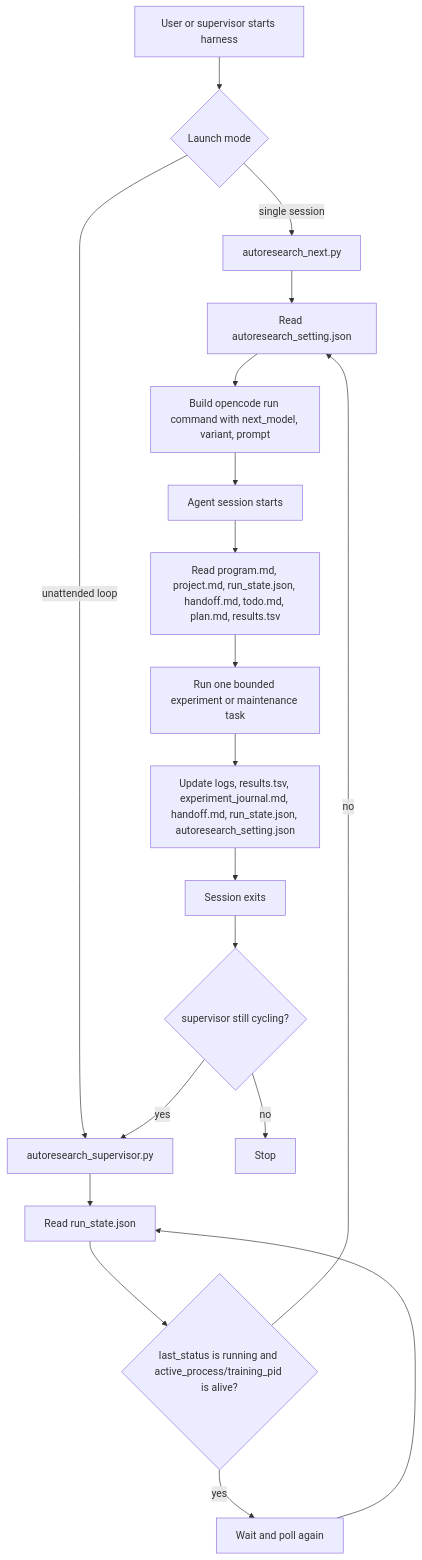
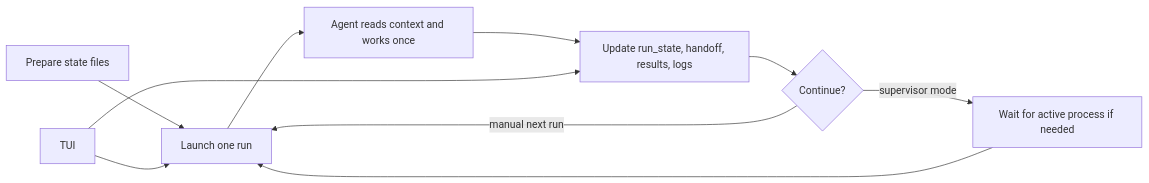
One commit to ChenGou-zheng/my-autoresearch changed the diagram in README.md. Above: the diagram before and after it, drawn with Mermaid. The commit also changed other lines of this file, not shown here.

````diff
--- a/README.md
+++ b/README.md
@@ -37,21 +41,12 @@
 ```mermaid
-flowchart TD
-    A["User or supervisor starts harness"] --> B{"Launch mode"}
-    B -->|"single session"| C["autoresearch_next.py"]
-    B -->|"unattended loop"| D["autoresearch_supervisor.py"]
-    D --> E["Read run_state.json"]
-    E --> F{"last_status is running and active_process/training_pid is alive?"}
-    F -->|"yes"| G["Wait and poll again"]
-    G --> E
-    F -->|"no"| H["Read autoresearch_setting.json"]
-    C --> H
-    H --> I["Build opencode run command with next_model, variant, prompt"]
-    I --> J["Agent session starts"]
-    J --> K["Read program.md, project.md, run_state.json, handoff.md, todo.md, plan.md, results.tsv"]
-    K --> L["Run one bounded experiment or maintenance task"]
-    L --> M["Update logs, results.tsv, experiment_journal.md, handoff.md, run_state.json, autoresearch_setting.json"]
-    M --> N["Session exits"]
-    N --> O{"supervisor still cycling?"}
-    O -->|"yes"| D
-    O -->|"no"| P["Stop"]
+flowchart LR
+    A["Prepare state files"] --> B["Launch one run"]
+    B --> C["Agent reads context and works once"]
+    C --> D["Update run_state, handoff, results, logs"]
+    D --> E{"Continue?"}
+    E -->|"manual next run"| B
+    E -->|"supervisor mode"| F["Wait for active process if needed"]
+    F --> B
+    T["TUI"] --> B
+    T --> D
 ```
````
